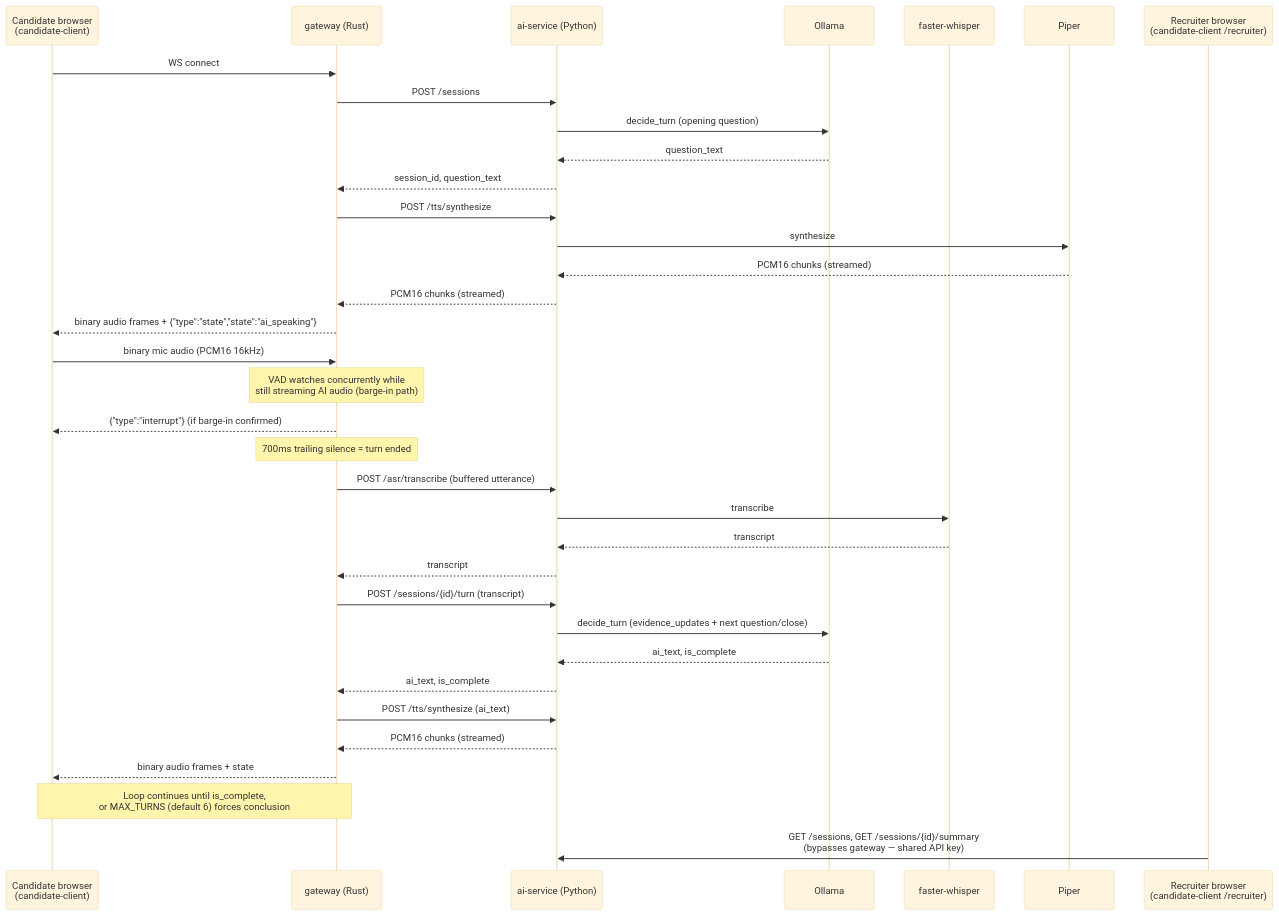
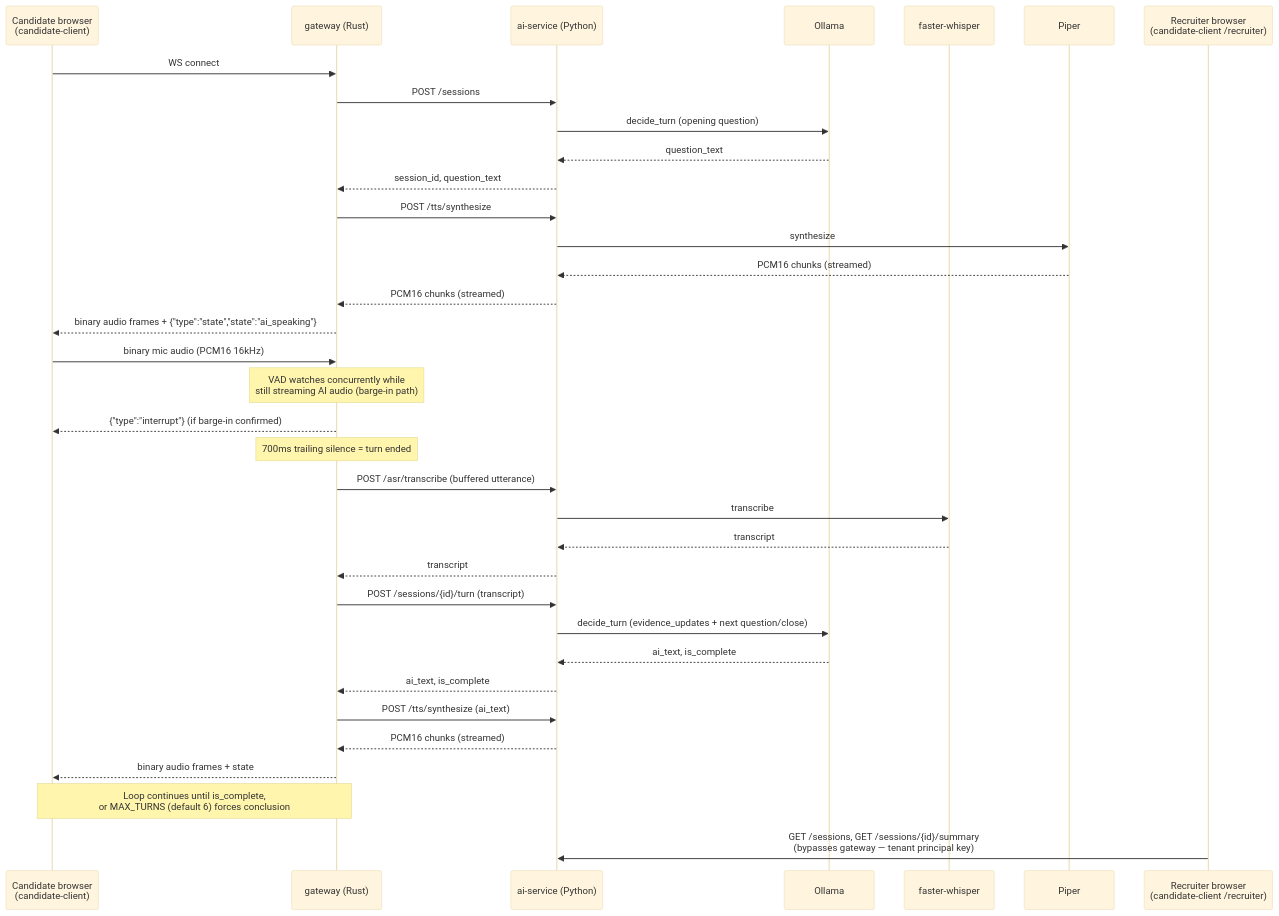
Before and after one commit to Mullassery/PyInterviewBot: the first of 2 diagrams in docs/ARCHITECTURE.md, drawn with Mermaid (base theme). The commit also changed other lines of this file and 13 other files, not shown here.

````diff
--- a/docs/ARCHITECTURE.md
+++ b/docs/ARCHITECTURE.md
@@ -183,42 +183,42 @@
 ```mermaid
 sequenceDiagram
     participant Candidate as Candidate browser<br/>(candidate-client)
     participant Gateway as gateway (Rust)
     participant AI as ai-service (Python)
     participant Ollama
     participant Whisper as faster-whisper
     participant Piper
 
     Candidate->>Gateway: WS connect
     Gateway->>AI: POST /sessions
     AI->>Ollama: decide_turn (opening question)
     Ollama-->>AI: question_text
     AI-->>Gateway: session_id, question_text
     Gateway->>AI: POST /tts/synthesize
     AI->>Piper: synthesize
     Piper-->>AI: PCM16 chunks (streamed)
     AI-->>Gateway: PCM16 chunks (streamed)
     Gateway-->>Candidate: binary audio frames + {"type":"state","state":"ai_speaking"}
 
     Candidate->>Gateway: binary mic audio (PCM16 16kHz)
     Note over Gateway: VAD watches concurrently while<br/>still streaming AI audio (barge-in path)
     Gateway-->>Candidate: {"type":"interrupt"} (if barge-in confirmed)
 
     Note over Gateway: 700ms trailing silence = turn ended
     Gateway->>AI: POST /asr/transcribe (buffered utterance)
     AI->>Whisper: transcribe
     Whisper-->>AI: transcript
     AI-->>Gateway: transcript
     Gateway->>AI: POST /sessions/{id}/turn (transcript)
     AI->>Ollama: decide_turn (evidence_updates + next question/close)
     Ollama-->>AI: ai_text, is_complete
     AI-->>Gateway: ai_text, is_complete
     Gateway->>AI: POST /tts/synthesize (ai_text)
     AI-->>Gateway: PCM16 chunks (streamed)
     Gateway-->>Candidate: binary audio frames + state
 
     Note over Candidate,Gateway: Loop continues until is_complete,<br/>or MAX_TURNS (default 6) forces conclusion
 
     participant Recruiter as Recruiter browser<br/>(candidate-client /recruiter)
-    Recruiter->>AI: GET /sessions, GET /sessions/{id}/summary<br/>(bypasses gateway — shared API key)
+    Recruiter->>AI: GET /sessions, GET /sessions/{id}/summary<br/>(bypasses gateway — tenant principal key)
 ```
````
